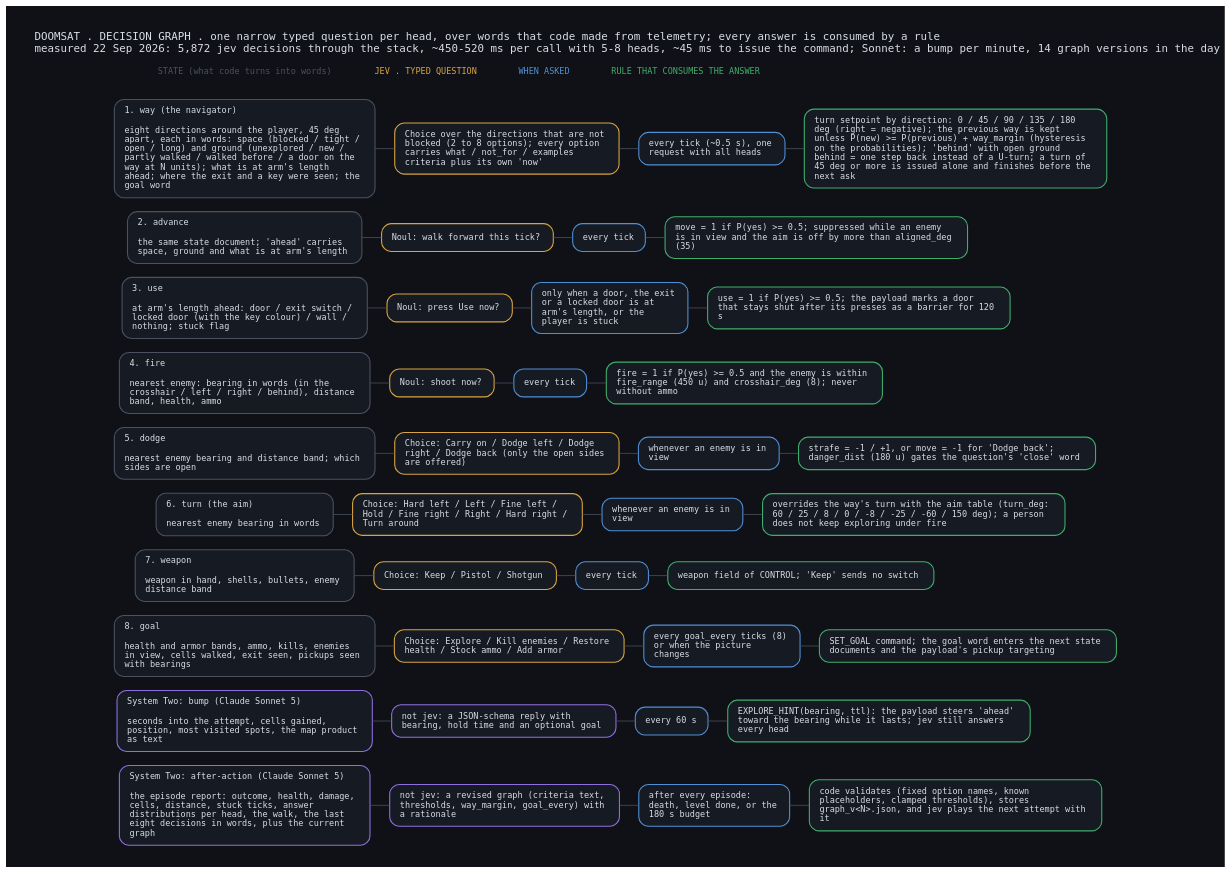
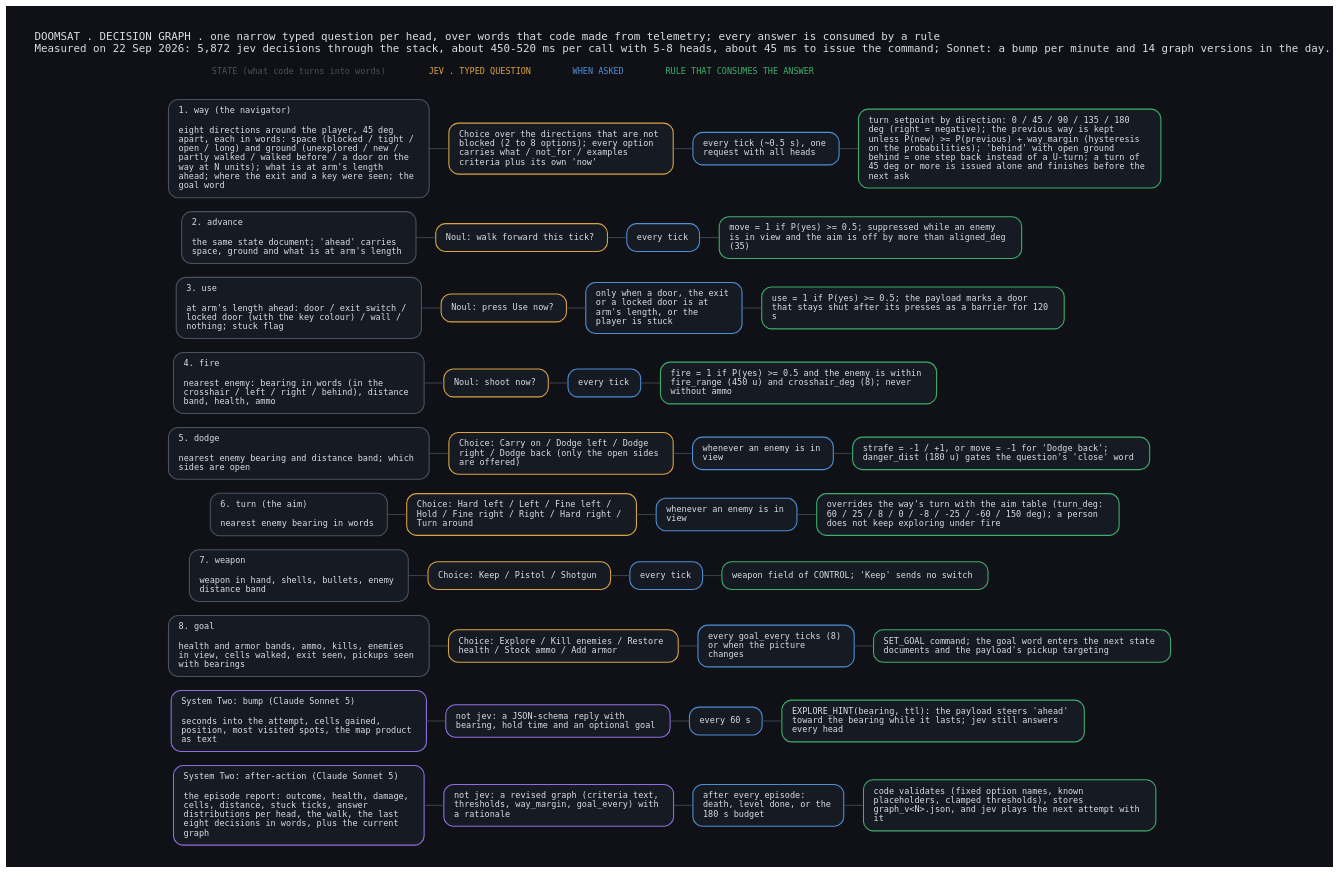
One commit to Devonance/DoomSat changed the diagram in docs/diagrams/decision_graph.dot. Above: the diagram before and after it, drawn with Graphviz. The commit also changed 18 other files, not shown here.

First line of the commit message:
Report layout: legible diagrams, native LaTeX decision graph and worked decision, ruled longtables, breakable URLs

```diff
--- a/docs/diagrams/decision_graph.dot
+++ b/docs/diagrams/decision_graph.dot
@@ -1,78 +1,78 @@
 digraph G {
   graph [bgcolor="#0f1116", fontname="DejaVu Sans Mono", fontcolor="#d8dde6", labelloc=t, labeljust=l, nodesep=0.35, ranksep=0.25, pad=0.4,
-         label="DOOMSAT . DECISION GRAPH . one narrow typed question per head, over words that code made from telemetry; every answer is consumed by a rule\lmeasured 22 Sep 2026: 5,872 jev decisions through the stack, ~450-520 ms per call with 5-8 heads, ~45 ms to issue the command; Sonnet: a bump per minute, 14 graph versions in the day\l"];
+         label="DOOMSAT . DECISION GRAPH . one narrow typed question per head, over words that code made from telemetry; every answer is consumed by a rule\lMeasured on 22 Sep 2026: 5,872 jev decisions through the stack, about 450-520 ms per call with 5-8 heads, about 45 ms to issue the command; Sonnet: a bump per minute and 14 graph versions in the day.\l"];
   node [shape=box, style="rounded,filled", fillcolor="#161a22", fontname="DejaVu Sans Mono", fontsize=11, fontcolor="#d8dde6", penwidth=1.4, margin="0.18,0.12"];
   edge [color="#4a5160", arrowhead=none, penwidth=1.0];
   { rank=same; h0 [shape=plaintext, fillcolor="#0f1116", fontcolor="#4a5160", label="STATE (what code turns into words)"]; h1 [shape=plaintext, fillcolor="#0f1116", fontcolor="#d9a441", label="JEV . TYPED QUESTION"]; h2 [shape=plaintext, fillcolor="#0f1116", fontcolor="#4f8fd6", label="WHEN ASKED"]; h3 [shape=plaintext, fillcolor="#0f1116", fontcolor="#3fae6a", label="RULE THAT CONSUMES THE ANSWER"] }
   h0 -> h1 -> h2 -> h3 [style=invis];
   r0c0 [label="1. way (the navigator)\l\leight directions around the player, 45 deg\lapart, each in words: space (blocked / tight /\lopen / long) and ground (unexplored / new /\lpartly walked / walked before / a door on the\lway at N units); what is at arm's length\lahead; where the exit and a key were seen; the\lgoal word\l", color="#4a5160"];
   r0c1 [label="Choice over the directions that are not\lblocked (2 to 8 options); every option\lcarries what / not_for / examples\lcriteria plus its own 'now'\l", color="#d9a441"];
   r0c2 [label="every tick (~0.5 s), one\lrequest with all heads\l", color="#4f8fd6"];
   r0c3 [label="turn setpoint by direction: 0 / 45 / 90 / 135 / 180\ldeg (right = negative); the previous way is kept\lunless P(new) >= P(previous) + way_margin (hysteresis\lon the probabilities); 'behind' with open ground\lbehind = one step back instead of a U-turn; a turn of\l45 deg or more is issued alone and finishes before the\lnext ask\l", color="#3fae6a"];
   { rank=same; r0c0; r0c1; r0c2; r0c3 }
   r0c0 -> r0c1 -> r0c2 -> r0c3;
   h0 -> r0c0 [style=invis];
   r1c0 [label="2. advance\l\lthe same state document; 'ahead' carries\lspace, ground and what is at arm's length\l", color="#4a5160"];
   r1c1 [label="Noul: walk forward this tick?\l", color="#d9a441"];
   r1c2 [label="every tick\l", color="#4f8fd6"];
   r1c3 [label="move = 1 if P(yes) >= 0.5; suppressed while an enemy\lis in view and the aim is off by more than aligned_deg\l(35)\l", color="#3fae6a"];
   { rank=same; r1c0; r1c1; r1c2; r1c3 }
   r1c0 -> r1c1 -> r1c2 -> r1c3;
   r0c0 -> r1c0 [style=invis];
   r2c0 [label="3. use\l\lat arm's length ahead: door / exit switch /\llocked door (with the key colour) / wall /\lnothing; stuck flag\l", color="#4a5160"];
   r2c1 [label="Noul: press Use now?\l", color="#d9a441"];
   r2c2 [label="only when a door, the exit\lor a locked door is at\larm's length, or the\lplayer is stuck\l", color="#4f8fd6"];
   r2c3 [label="use = 1 if P(yes) >= 0.5; the payload marks a door\lthat stays shut after its presses as a barrier for 120\ls\l", color="#3fae6a"];
   { rank=same; r2c0; r2c1; r2c2; r2c3 }
   r2c0 -> r2c1 -> r2c2 -> r2c3;
   r1c0 -> r2c0 [style=invis];
   r3c0 [label="4. fire\l\lnearest enemy: bearing in words (in the\lcrosshair / left / right / behind), distance\lband, health, ammo\l", color="#4a5160"];
   r3c1 [label="Noul: shoot now?\l", color="#d9a441"];
   r3c2 [label="every tick\l", color="#4f8fd6"];
   r3c3 [label="fire = 1 if P(yes) >= 0.5 and the enemy is within\lfire_range (450 u) and crosshair_deg (8); never\lwithout ammo\l", color="#3fae6a"];
   { rank=same; r3c0; r3c1; r3c2; r3c3 }
   r3c0 -> r3c1 -> r3c2 -> r3c3;
   r2c0 -> r3c0 [style=invis];
   r4c0 [label="5. dodge\l\lnearest enemy bearing and distance band; which\lsides are open\l", color="#4a5160"];
   r4c1 [label="Choice: Carry on / Dodge left / Dodge\lright / Dodge back (only the open sides\lare offered)\l", color="#d9a441"];
   r4c2 [label="whenever an enemy is in\lview\l", color="#4f8fd6"];
   r4c3 [label="strafe = -1 / +1, or move = -1 for 'Dodge back';\ldanger_dist (180 u) gates the question's 'close' word\l", color="#3fae6a"];
   { rank=same; r4c0; r4c1; r4c2; r4c3 }
   r4c0 -> r4c1 -> r4c2 -> r4c3;
   r3c0 -> r4c0 [style=invis];
   r5c0 [label="6. turn (the aim)\l\lnearest enemy bearing in words\l", color="#4a5160"];
   r5c1 [label="Choice: Hard left / Left / Fine left /\lHold / Fine right / Right / Hard right /\lTurn around\l", color="#d9a441"];
   r5c2 [label="whenever an enemy is in\lview\l", color="#4f8fd6"];
   r5c3 [label="overrides the way's turn with the aim table (turn_deg:\l60 / 25 / 8 / 0 / -8 / -25 / -60 / 150 deg); a person\ldoes not keep exploring under fire\l", color="#3fae6a"];
   { rank=same; r5c0; r5c1; r5c2; r5c3 }
   r5c0 -> r5c1 -> r5c2 -> r5c3;
   r4c0 -> r5c0 [style=invis];
   r6c0 [label="7. weapon\l\lweapon in hand, shells, bullets, enemy\ldistance band\l", color="#4a5160"];
   r6c1 [label="Choice: Keep / Pistol / Shotgun\l", color="#d9a441"];
   r6c2 [label="every tick\l", color="#4f8fd6"];
   r6c3 [label="weapon field of CONTROL; 'Keep' sends no switch\l", color="#3fae6a"];
   { rank=same; r6c0; r6c1; r6c2; r6c3 }
   r6c0 -> r6c1 -> r6c2 -> r6c3;
   r5c0 -> r6c0 [style=invis];
   r7c0 [label="8. goal\l\lhealth and armor bands, ammo, kills, enemies\lin view, cells walked, exit seen, pickups seen\lwith bearings\l", color="#4a5160"];
   r7c1 [label="Choice: Explore / Kill enemies / Restore\lhealth / Stock ammo / Add armor\l", color="#d9a441"];
   r7c2 [label="every goal_every ticks (8)\lor when the picture\lchanges\l", color="#4f8fd6"];
   r7c3 [label="SET_GOAL command; the goal word enters the next state\ldocuments and the payload's pickup targeting\l", color="#3fae6a"];
   { rank=same; r7c0; r7c1; r7c2; r7c3 }
   r7c0 -> r7c1 -> r7c2 -> r7c3;
   r6c0 -> r7c0 [style=invis];
   r8c0 [label="System Two: bump (Claude Sonnet 5)\l\lseconds into the attempt, cells gained,\lposition, most visited spots, the map product\las text\l", color="#8f6fe0"];
   r8c1 [label="not jev: a JSON-schema reply with\lbearing, hold time and an optional goal\l", color="#8f6fe0"];
   r8c2 [label="every 60 s\l", color="#4f8fd6"];
   r8c3 [label="EXPLORE_HINT(bearing, ttl): the payload steers 'ahead'\ltoward the bearing while it lasts; jev still answers\levery head\l", color="#3fae6a"];
   { rank=same; r8c0; r8c1; r8c2; r8c3 }
   r8c0 -> r8c1 -> r8c2 -> r8c3;
   r7c0 -> r8c0 [style=invis];
   r9c0 [label="System Two: after-action (Claude Sonnet 5)\l\lthe episode report: outcome, health, damage,\lcells, distance, stuck ticks, answer\ldistributions per head, the walk, the last\leight decisions in words, plus the current\lgraph\l", color="#8f6fe0"];
   r9c1 [label="not jev: a revised graph (criteria text,\lthresholds, way_margin, goal_every) with\la rationale\l", color="#8f6fe0"];
   r9c2 [label="after every episode:\ldeath, level done, or the\l180 s budget\l", color="#4f8fd6"];
   r9c3 [label="code validates (fixed option names, known\lplaceholders, clamped thresholds), stores\lgraph_v<N>.json, and jev plays the next attempt with\lit\l", color="#3fae6a"];
   { rank=same; r9c0; r9c1; r9c2; r9c3 }
   r9c0 -> r9c1 -> r9c2 -> r9c3;
   r8c0 -> r9c0 [style=invis];
 }
```
